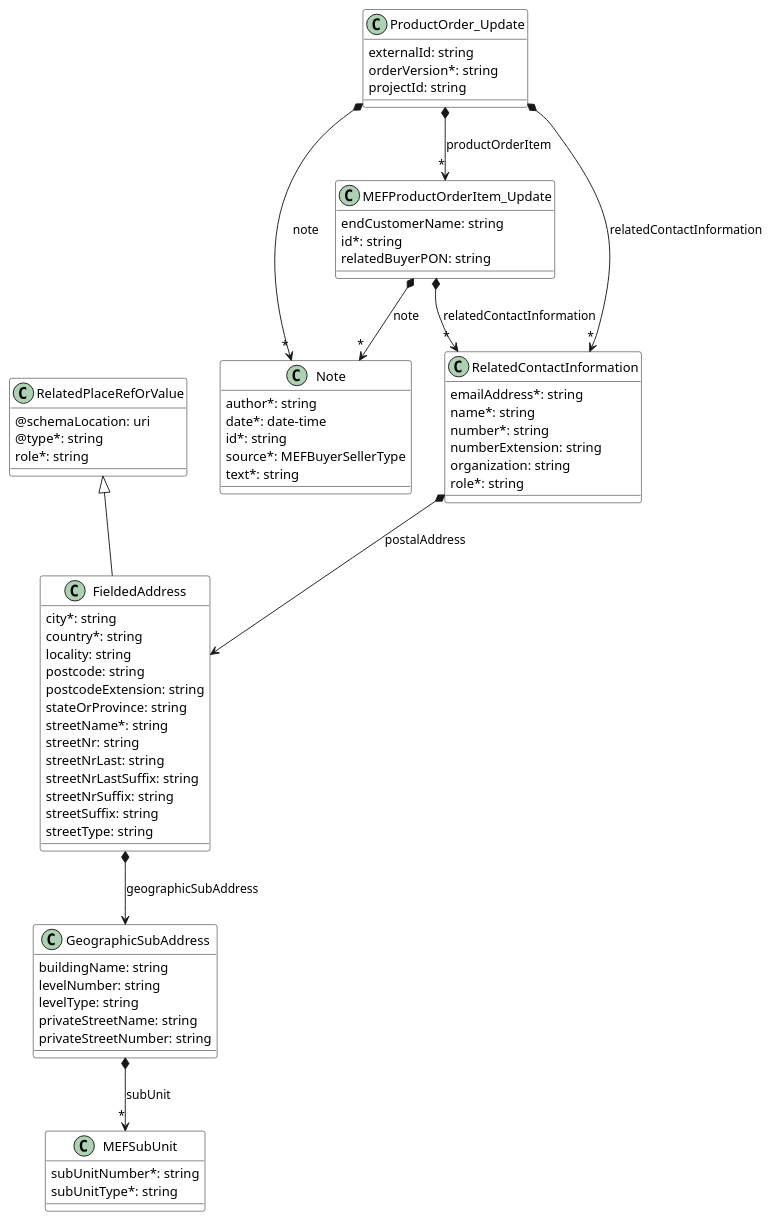
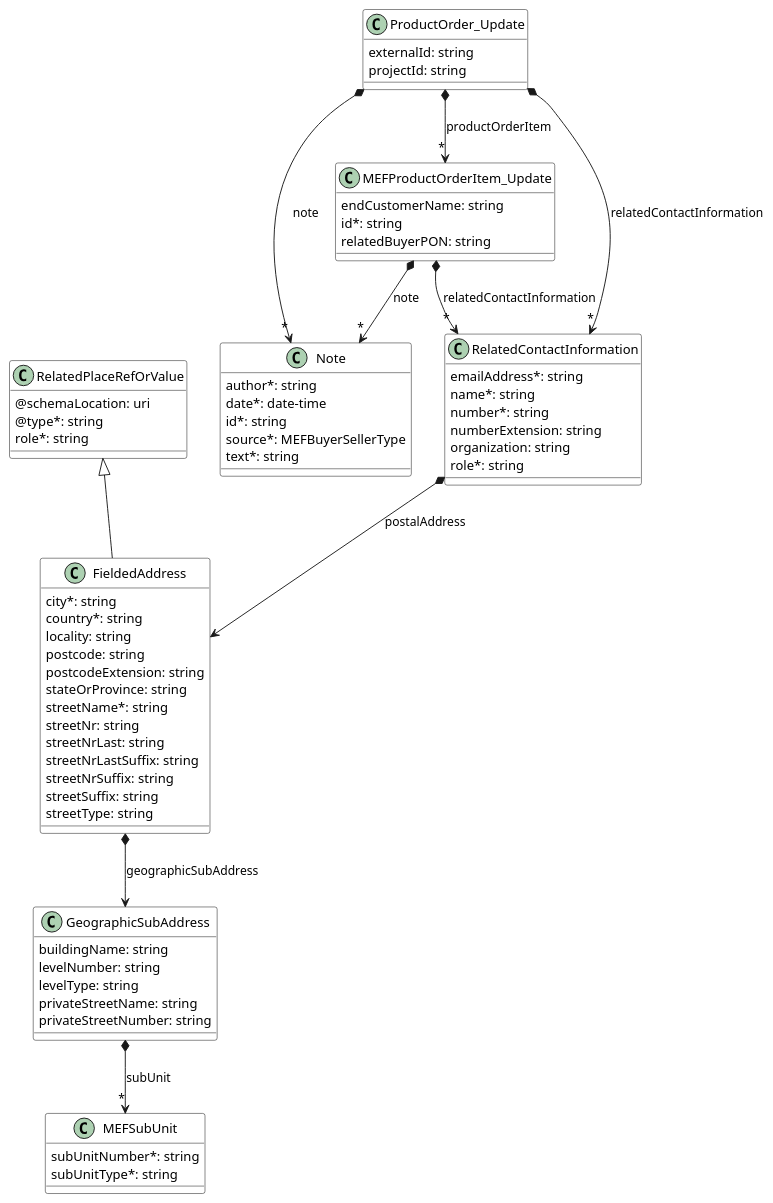
The diagram in documentation/productApi/order/media/src/useCase2PatchModel.puml (MEF-GIT/MEF-LSO-Sonata-SDK), drawn with PlantUML before and after one commit. The commit also changed 211 other files, not shown here.

```diff
--- a/documentation/productApi/order/media/src/useCase2PatchModel.puml
+++ b/documentation/productApi/order/media/src/useCase2PatchModel.puml
@@ -1,107 +1,106 @@
 @startuml
 skinparam {
     ClassBackgroundColor White
     ClassBorderColor Black
 }
 
 
 class FieldedAddress {
 
     city*: string
     country*: string
     locality: string
     postcode: string
     postcodeExtension: string
     stateOrProvince: string
     streetName*: string
     streetNr: string
     streetNrLast: string
     streetNrLastSuffix: string
     streetNrSuffix: string
     streetSuffix: string
     streetType: string
 }
 RelatedPlaceRefOrValue <|-- FieldedAddress
 
 FieldedAddress *--> GeographicSubAddress : geographicSubAddress
 
 class RelatedPlaceRefOrValue {
 
     @schemaLocation: uri
     @type*: string
     role*: string
 }
 
 
 
 class GeographicSubAddress {
 
     buildingName: string
     levelNumber: string
     levelType: string
     privateStreetName: string
     privateStreetNumber: string
 }
 
 GeographicSubAddress *-->"*" MEFSubUnit : subUnit
 
 
 class Note {
 
     author*: string
     date*: date-time
     id*: string
     source*: MEFBuyerSellerType
     text*: string
 }
 
 
 
 class MEFProductOrderItem_Update {
 
     endCustomerName: string
     id*: string
     relatedBuyerPON: string
 }
 
 MEFProductOrderItem_Update *-->"*" Note : note
 MEFProductOrderItem_Update *-->"*" RelatedContactInformation : relatedContactInformation
 
 
 
 
 class MEFSubUnit {
 
     subUnitNumber*: string
     subUnitType*: string
 }
 
 
 class ProductOrder_Update {
 
     externalId: string
-    orderVersion*: string
     projectId: string
 }
 
 ProductOrder_Update *-->"*" Note : note
 ProductOrder_Update *-->"*" MEFProductOrderItem_Update : productOrderItem
 ProductOrder_Update *-->"*" RelatedContactInformation : relatedContactInformation
 
 
 
 
 class RelatedContactInformation {
 
     emailAddress*: string
     name*: string
     number*: string
     numberExtension: string
     organization: string
     role*: string
 }
 
 RelatedContactInformation *--> FieldedAddress : postalAddress
 
 
 @enduml
```
